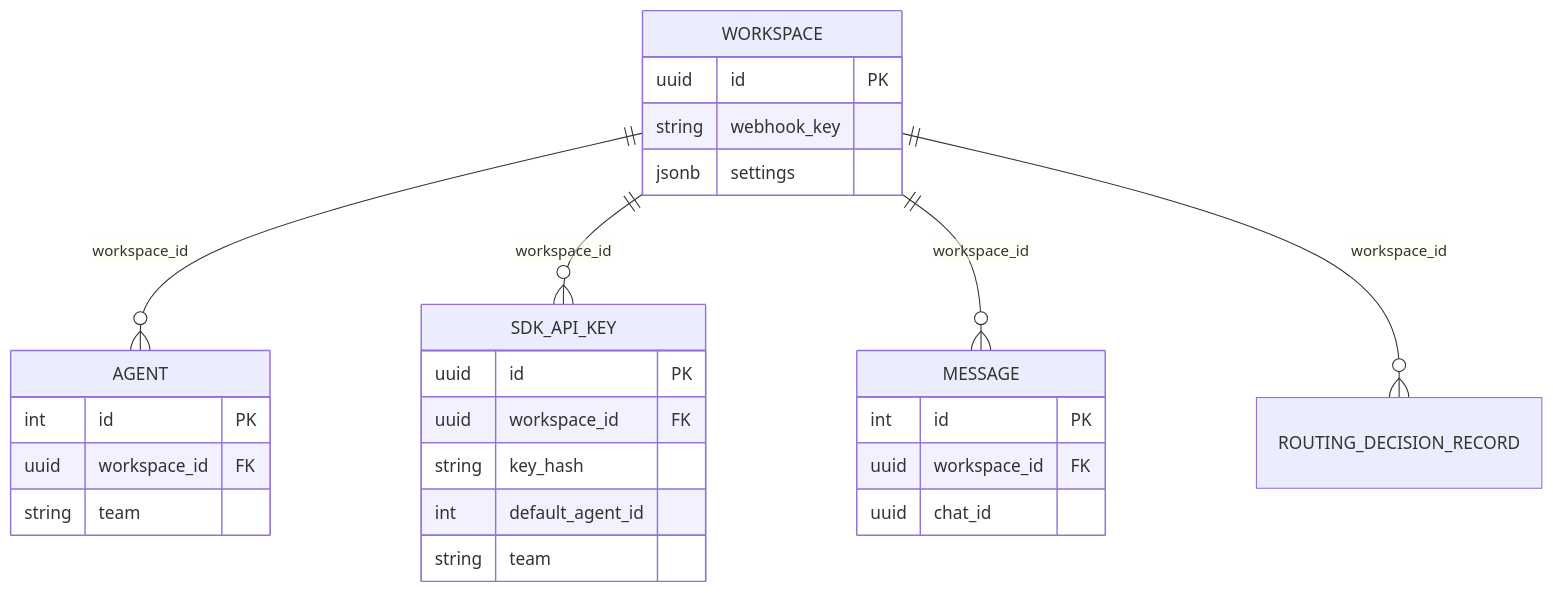
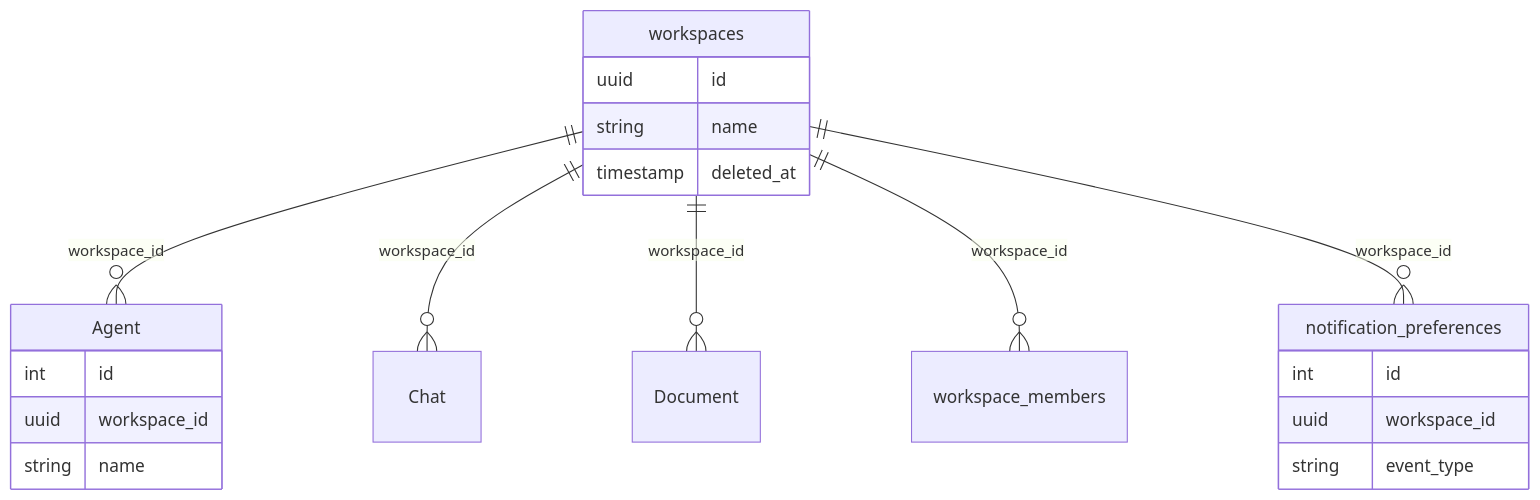
One commit to AutomatosAI/automatos-ai changed the second of 2 diagrams in docs/authentication-multi-tenancy/_index.md. Above: the diagram before and after it, drawn with Mermaid. The commit also changed other lines of this file and 153 other files, not shown here.

````diff
--- a/docs/authentication-multi-tenancy/_index.md
+++ b/docs/authentication-multi-tenancy/_index.md
@@ -151,30 +135,24 @@
 ```mermaid
 erDiagram
-    WORKSPACE ||--o{ AGENT : "workspace_id"
-    WORKSPACE ||--o{ SDK_API_KEY : "workspace_id"
-    WORKSPACE ||--o{ MESSAGE : "workspace_id"
-    WORKSPACE ||--o{ ROUTING_DECISION_RECORD : "workspace_id"
+    "workspaces" ||--o{ "Agent" : "workspace_id"
+    "workspaces" ||--o{ "Chat" : "workspace_id"
+    "workspaces" ||--o{ "Document" : "workspace_id"
+    "workspaces" ||--o{ "workspace_members" : "workspace_id"
+    "workspaces" ||--o{ "notification_preferences" : "workspace_id"
     
-    WORKSPACE {
-        uuid id PK
-        string webhook_key
-        jsonb settings
+    "Agent" {
+        int id
+        uuid workspace_id
+        string name
     }
-    AGENT {
-        int id PK
-        uuid workspace_id FK
-        string team
+    "workspaces" {
+        uuid id
+        string name
+        timestamp deleted_at
     }
-    SDK_API_KEY {
-        uuid id PK
-        uuid workspace_id FK
-        string key_hash
-        int default_agent_id
-        string team
-    }
-    MESSAGE {
-        int id PK
-        uuid workspace_id FK
-        uuid chat_id
+    "notification_preferences" {
+        int id
+        uuid workspace_id
+        string event_type
     }
 ```
````
